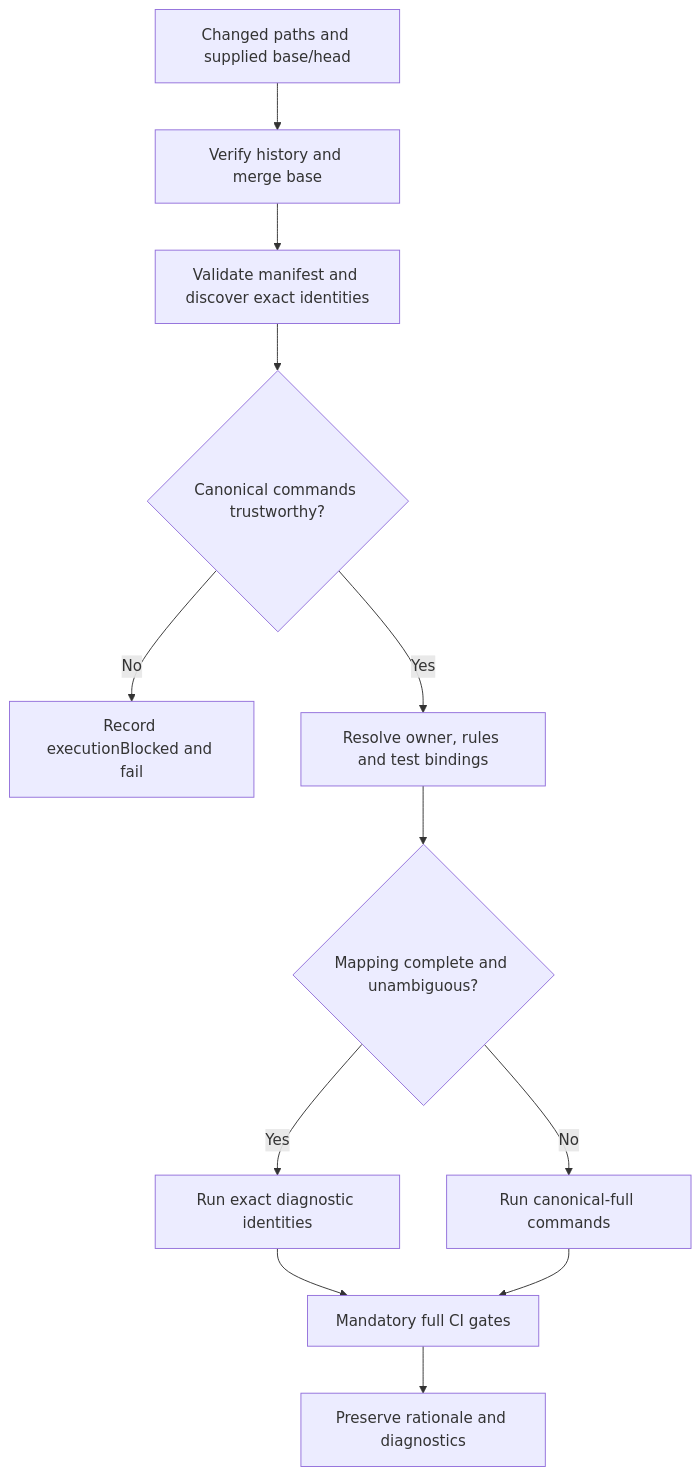
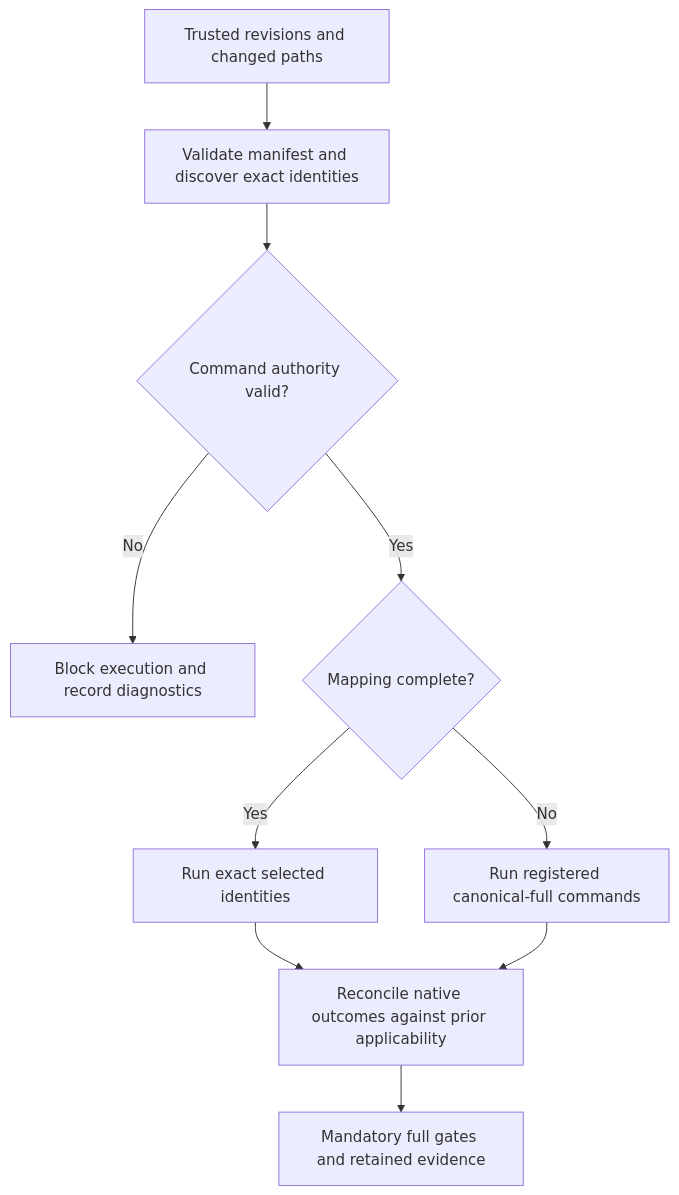
One commit to deanmng1/proofline changed the third of 3 diagrams in docs/showcase/TECHNICAL_GUIDE.md. Above: the diagram before and after it, drawn with Mermaid. The commit also changed other lines of this file and 63 other files, not shown here.

````diff
--- a/docs/showcase/TECHNICAL_GUIDE.md
+++ b/docs/showcase/TECHNICAL_GUIDE.md
@@ -73,14 +84,12 @@
 ```mermaid
 flowchart TB
-  A[Changed paths and supplied base/head] --> V[Verify history and merge base]
-  V --> M[Validate manifest and discover exact identities]
-  M --> Q{Canonical commands trustworthy?}
-  Q -->|No| X[Record executionBlocked and fail]
-  Q -->|Yes| O[Resolve owner, rules and test bindings]
-  O --> S{Mapping complete and unambiguous?}
-  S -->|Yes| T[Run exact diagnostic identities]
-  S -->|No| F[Run canonical-full commands]
-  T --> G[Mandatory full CI gates]
-  F --> G
-  G --> E[Preserve rationale and diagnostics]
+  A[Trusted revisions and changed paths] --> M[Validate manifest and discover exact identities]
+  M --> Q{Command authority valid?}
+  Q -->|No| X[Block execution and record diagnostics]
+  Q -->|Yes| S{Mapping complete?}
+  S -->|Yes| F[Run exact selected identities]
+  S -->|No| C[Run registered canonical-full commands]
+  F --> N[Reconcile native outcomes against prior applicability]
+  C --> N
+  N --> G[Mandatory full gates and retained evidence]
 ```
````
